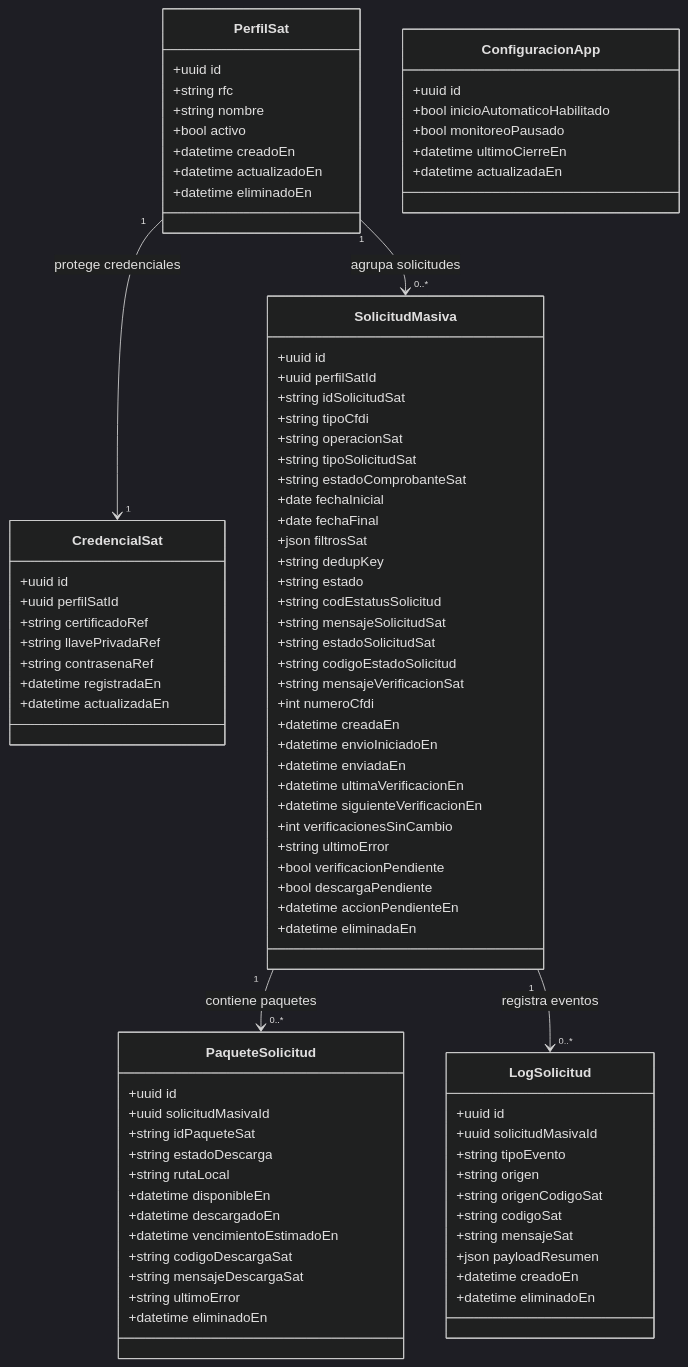
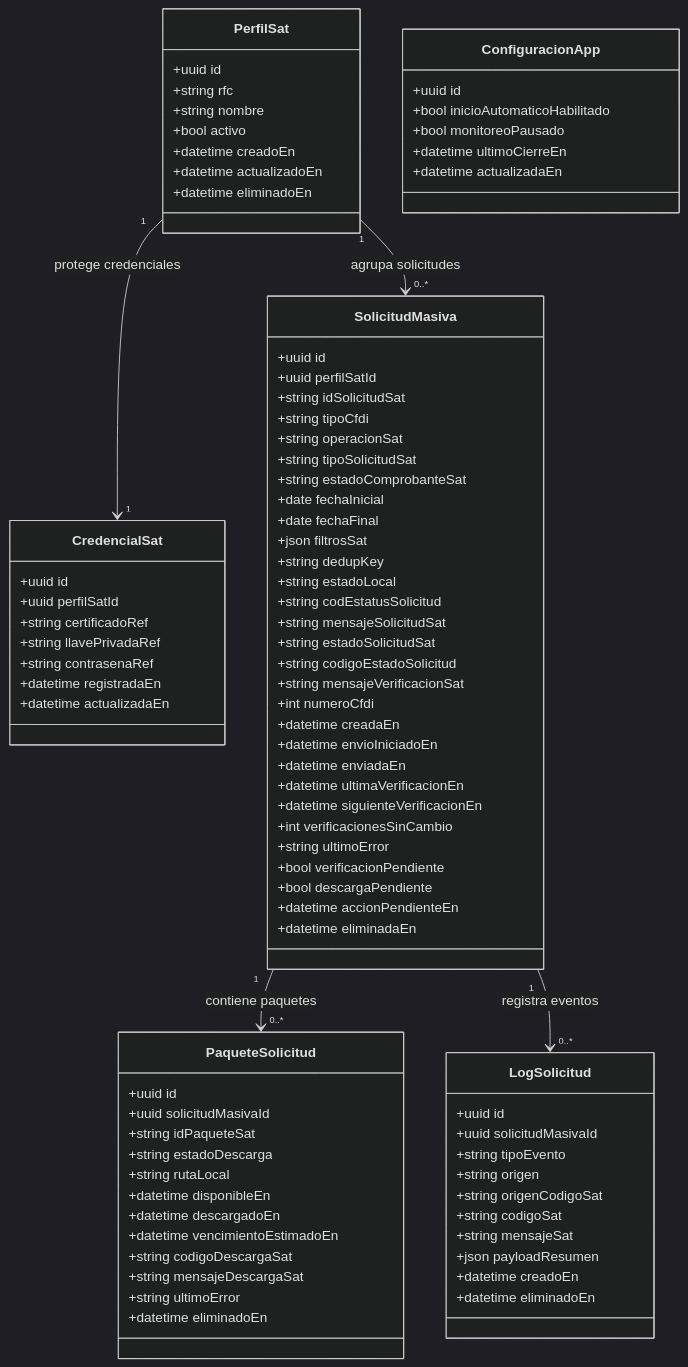
Diagram 14 of 21 in docs/architecture.md (irritila/sat-cfdi-downloader), drawn with Mermaid (dark theme) before and after one commit. The commit also changed other lines of this file and 5 other files, not shown here.

Commit message:
docs: close architecture review findings

```diff
--- a/docs/architecture.md
+++ b/docs/architecture.md
@@ -997,7 +997,7 @@
         +date fechaFinal
         +json filtrosSat
         +string dedupKey
-        +string estado
+        +string estadoLocal
         +string codEstatusSolicitud
         +string mensajeSolicitudSat
         +string estadoSolicitudSat
```
